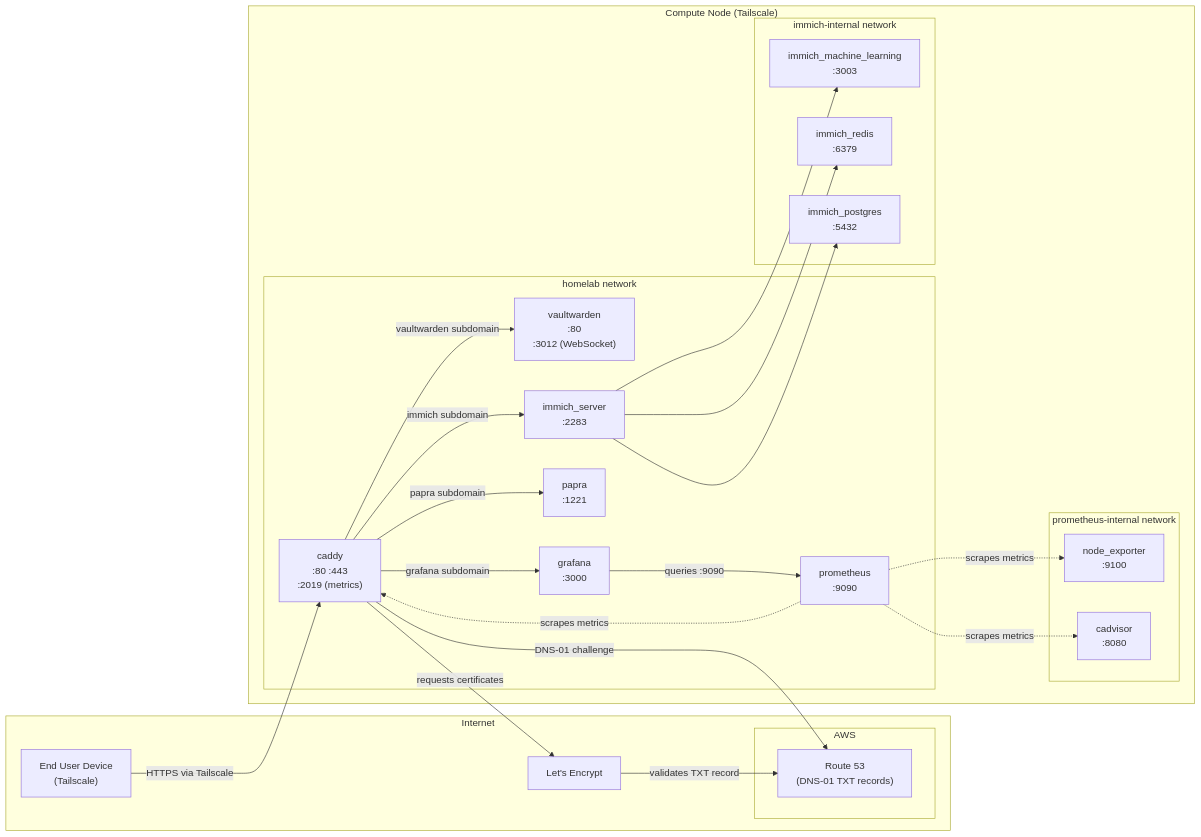
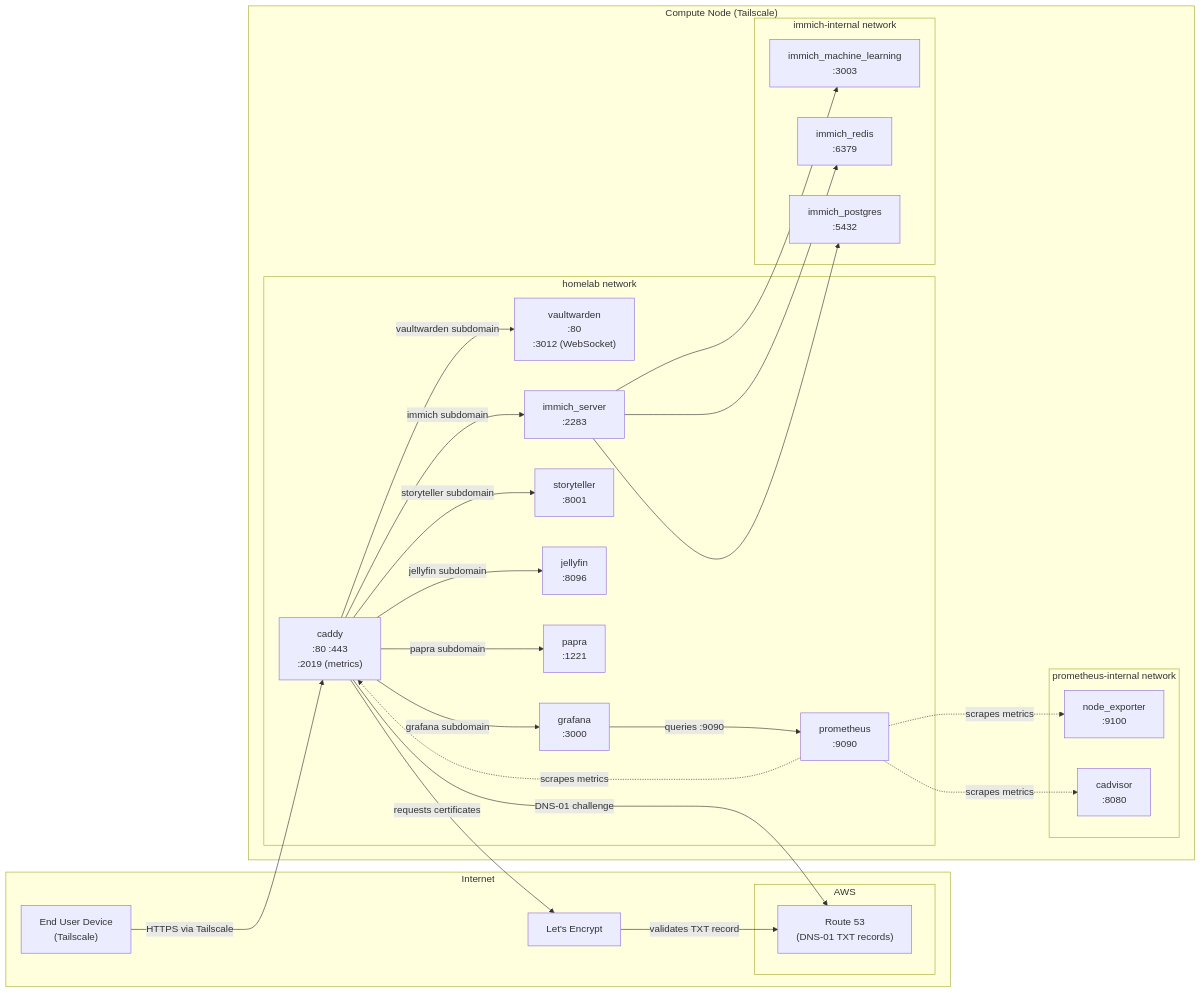
The diagram in services/README.md (karlmanait/homelab), drawn with Mermaid before and after one commit. The commit also changed 7 other files, not shown here.

````diff
--- a/services/README.md
+++ b/services/README.md
@@ -3,52 +3,56 @@
 ```mermaid
 flowchart LR
     subgraph internet["Internet"]
         user["End User Device<br/>(Tailscale)"]
         lets_encrypt["Let's Encrypt"]
 
         subgraph aws["AWS"]
             r53["Route 53<br/>(DNS-01 TXT records)"]
         end
     end
 
     subgraph compute_node["Compute Node (Tailscale)"]
         subgraph homelab_net["homelab network"]
             caddy["caddy<br/>:80 :443<br/>:2019 (metrics)"]
             vaultwarden["vaultwarden<br/>:80<br/>:3012 (WebSocket)"]
             immich["immich_server<br/>:2283"]
+            storyteller["storyteller<br/>:8001"]
+            jellyfin["jellyfin<br/>:8096"]
             papra["papra<br/>:1221"]
             grafana["grafana<br/>:3000"]
             prometheus["prometheus<br/>:9090"]
         end
 
         subgraph immich_internal["immich-internal network"]
             immich_ml["immich_machine_learning<br/>:3003"]
             immich_redis["immich_redis<br/>:6379"]
             immich_pg["immich_postgres<br/>:5432"]
         end
         immich --> immich_ml
         immich --> immich_redis
         immich --> immich_pg
 
         subgraph prom_internal["prometheus-internal network"]
             node_exporter["node_exporter<br/>:9100"]
             cadvisor["cadvisor<br/>:8080"]
         end
         prometheus -.->|"scrapes metrics"| node_exporter
         prometheus -.->|"scrapes metrics"| cadvisor
     end
 
     user -->|"HTTPS via Tailscale"| caddy
 
     caddy -->|"vaultwarden subdomain"| vaultwarden
     caddy -->|"immich subdomain"| immich
+    caddy -->|"storyteller subdomain"| storyteller
+    caddy -->|"jellyfin subdomain"| jellyfin
     caddy -->|"papra subdomain"| papra
     caddy -->|"grafana subdomain"| grafana
 
     prometheus -.->|"scrapes metrics"| caddy
     grafana -->|"queries :9090"| prometheus
 
     caddy -->|"DNS-01 challenge"| r53
     lets_encrypt -->|"validates TXT record"| r53
     caddy -->|"requests certificates"| lets_encrypt
 ```
````
